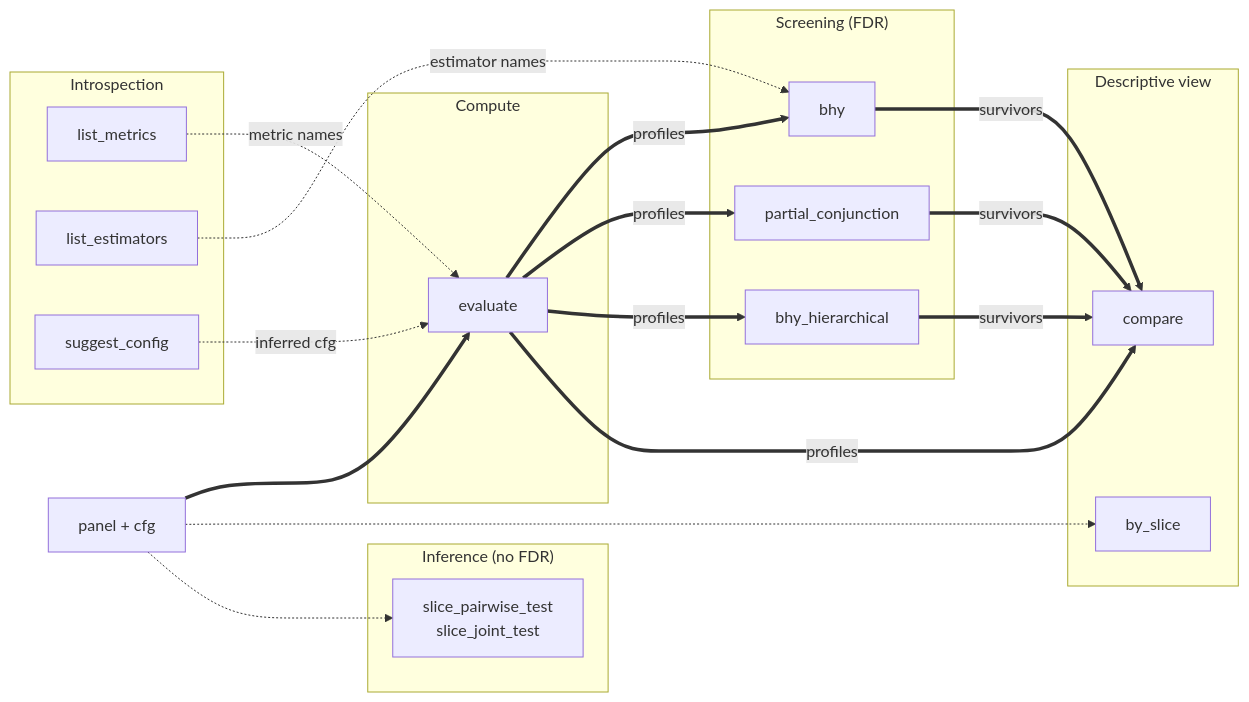
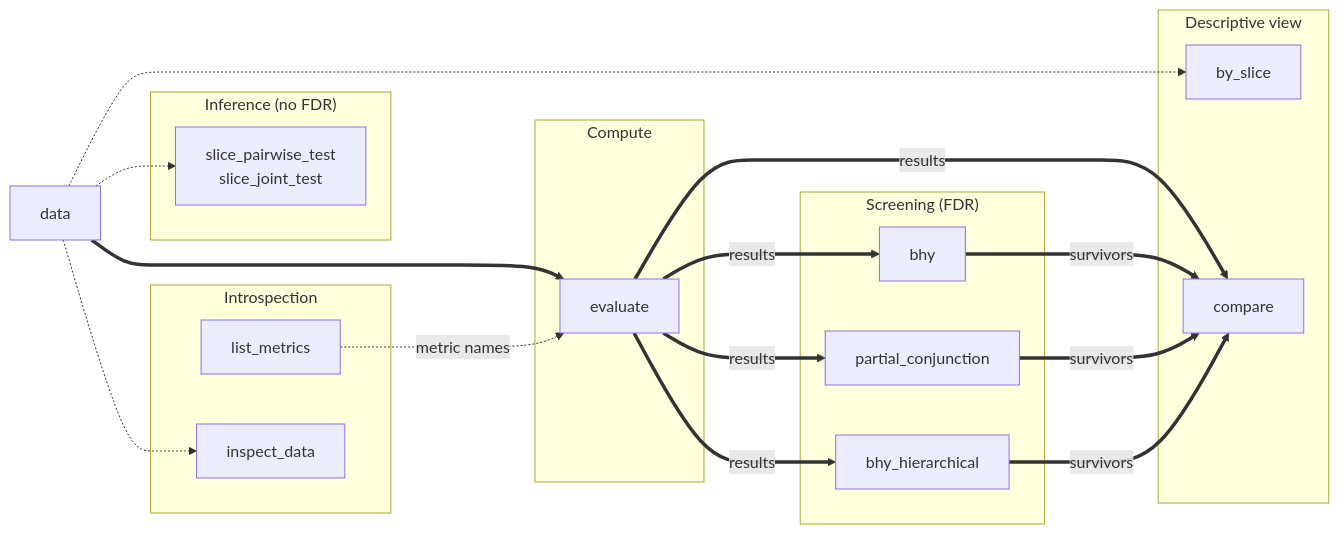
The diagram in docs/api/index.md (awwesomeman/factrix), drawn with Mermaid before and after one commit. The commit also changed other lines of this file and 69 other files, not shown here.

````diff
--- a/docs/api/index.md
+++ b/docs/api/index.md
@@ -9,54 +9,51 @@
 ```mermaid
 flowchart LR
-    P[panel + cfg]
+    P[data]
 
     subgraph Compute
         EV[evaluate]
     end
 
     subgraph Screening["Screening (FDR)"]
         BHY[bhy]
         PC[partial_conjunction]
         BHYH[bhy_hierarchical]
     end
 
     subgraph Inference["Inference (no FDR)"]
         ST["slice_pairwise_test<br/>slice_joint_test"]
     end
 
     subgraph View["Descriptive view"]
         BS[by_slice]
         CMP[compare]
     end
 
     subgraph Introspection
         LM[list_metrics]
-        LE[list_estimators]
-        SC[suggest_config]
+        ID[inspect_data]
     end
 
     P ==> EV
     P -.-> BS
     P -.-> ST
-    EV ==>|profiles| BHY
-    EV ==>|profiles| PC
-    EV ==>|profiles| BHYH
-    EV ==>|profiles| CMP
+    P -.-> ID
+    EV ==>|results| BHY
+    EV ==>|results| PC
+    EV ==>|results| BHYH
+    EV ==>|results| CMP
     BHY ==>|survivors| CMP
     PC ==>|survivors| CMP
     BHYH ==>|survivors| CMP
     LM -.->|metric names| EV
-    LE -.->|estimator names| BHY
-    SC -.->|inferred cfg| EV
 
     click EV "evaluate/" "evaluate API"
     click BS "by-slice/" "by_slice API"
     click ST "slice-test/" "slice_pairwise_test / slice_joint_test API"
     click BHY "multi-factor/" "bhy API"
     click PC "partial-conjunction/" "partial_conjunction API"
     click BHYH "bhy-hierarchical/" "bhy_hierarchical API"
-    click LM "list-metrics/" "list_metrics API"
-    click LE "list-estimators/" "list_estimators API"
-    click SC "suggest-config/" "suggest_config API"
+    click LM "metrics/#factrix.list_metrics" "list_metrics API"
     click CMP "compare/" "compare API"
+    click ID "inspect-data/" "inspect_data API"
 ```
````
